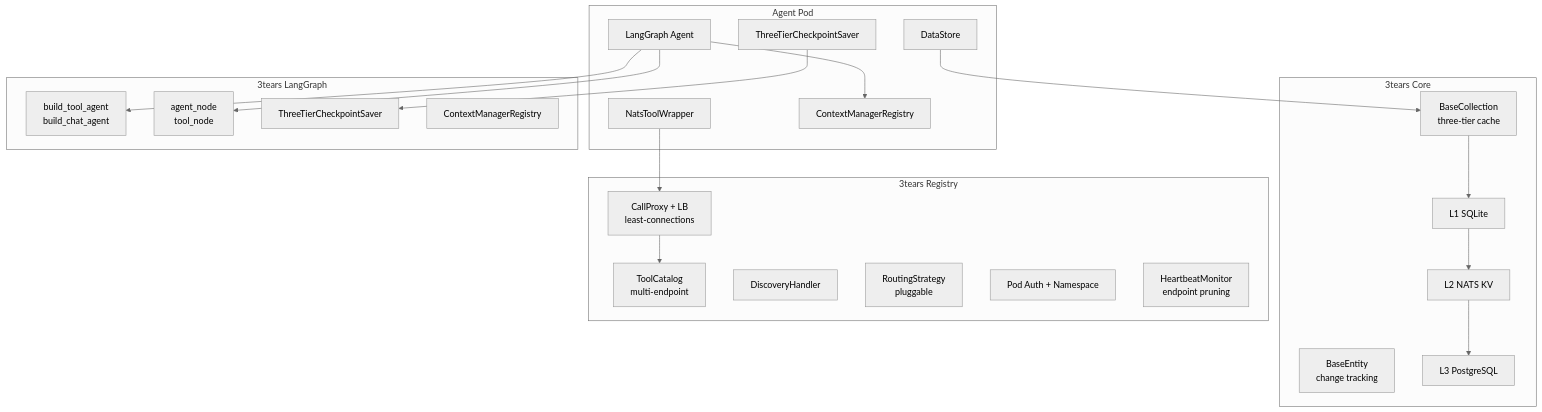
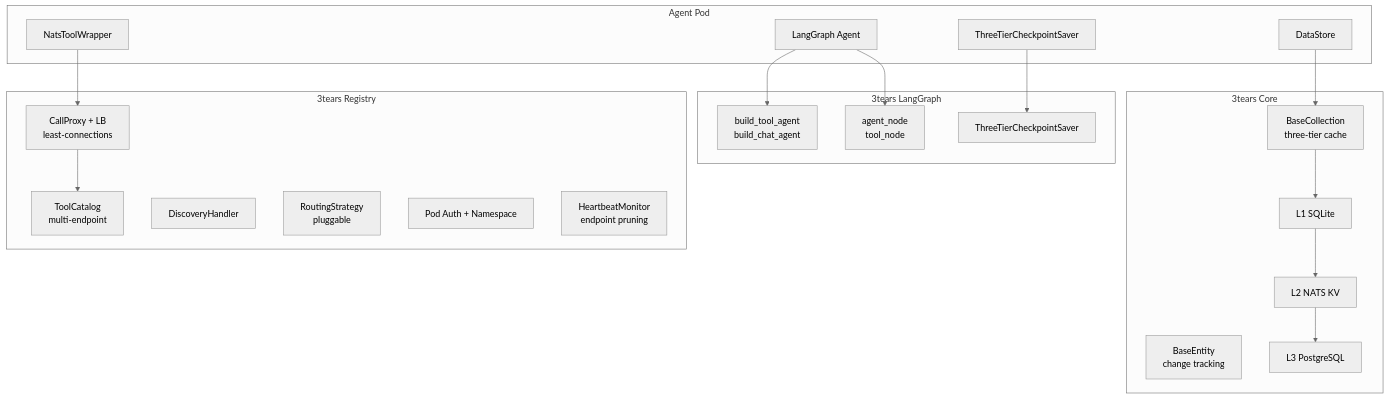
Before and after one commit to pacepace/3tears: the diagram in README.md, drawn with Mermaid (neutral theme). The commit also changed other lines of this file and 4 other files, not shown here.

````diff
--- a/README.md
+++ b/README.md
@@ -24,43 +24,40 @@
 ```mermaid
 graph TB
     subgraph "Agent Pod"
         AGENT[LangGraph Agent]
         TOOLS[NatsToolWrapper]
         CHECK[ThreeTierCheckpointSaver]
         DATA[DataStore]
-        CTX[ContextManagerRegistry]
     end
 
     subgraph "3tears Core"
         ENT[BaseEntity<br/>change tracking]
         COL[BaseCollection<br/>three-tier cache]
         L1[L1 SQLite]
         L2[L2 NATS KV]
         L3[L3 PostgreSQL]
     end
 
     subgraph "3tears LangGraph"
         BUILD[build_tool_agent<br/>build_chat_agent]
         NODES[agent_node<br/>tool_node]
         CKPT[ThreeTierCheckpointSaver]
-        CREG[ContextManagerRegistry]
     end
 
     subgraph "3tears Registry"
         CAT[ToolCatalog<br/>multi-endpoint]
         DISC[DiscoveryHandler]
         PROXY[CallProxy + LB<br/>least-connections]
         ROUTE[RoutingStrategy<br/>pluggable]
         REG_AUTH[Pod Auth + Namespace]
         HB[HeartbeatMonitor<br/>endpoint pruning]
     end
 
     AGENT --> BUILD
     AGENT --> NODES
-    AGENT --> CTX
     CHECK --> CKPT
     DATA --> COL
     COL --> L1 --> L2 --> L3
     TOOLS --> PROXY
     PROXY --> CAT
 ```
````
